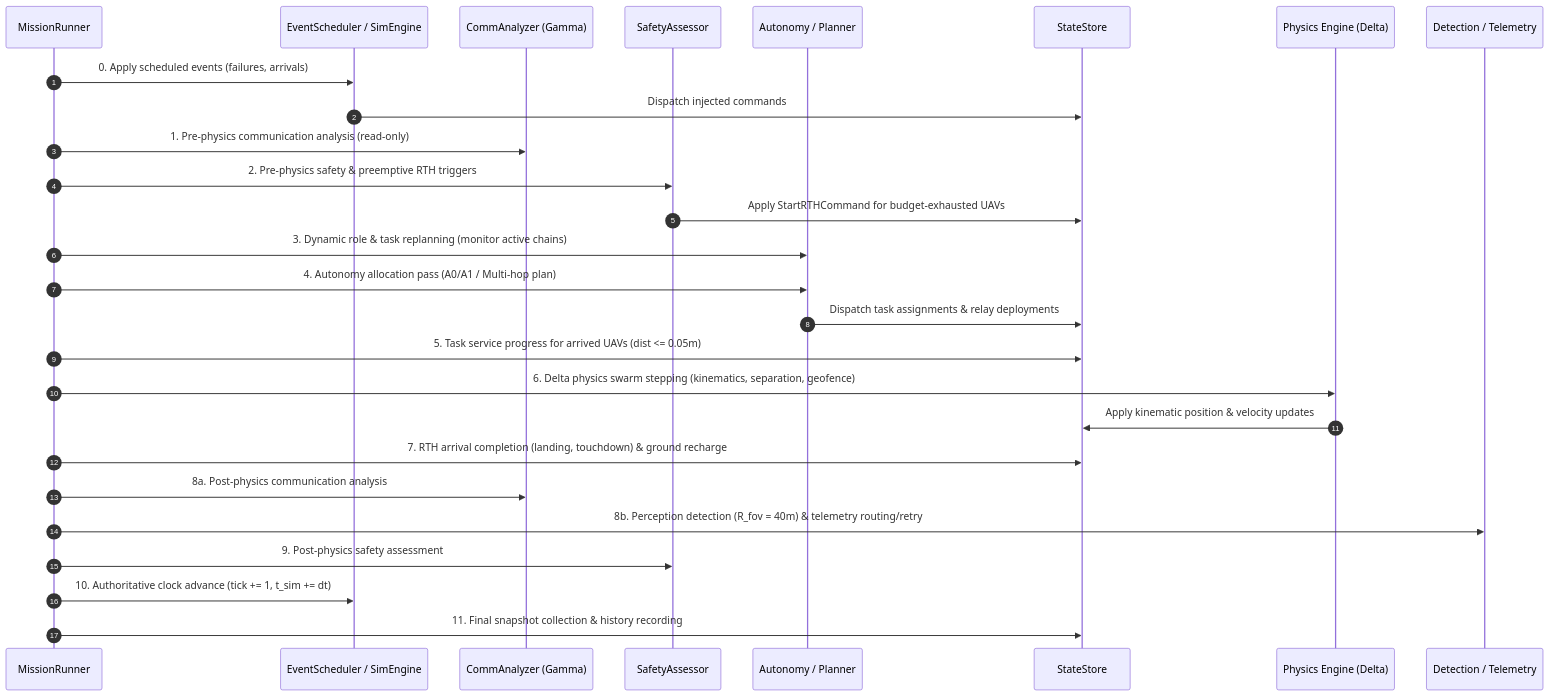
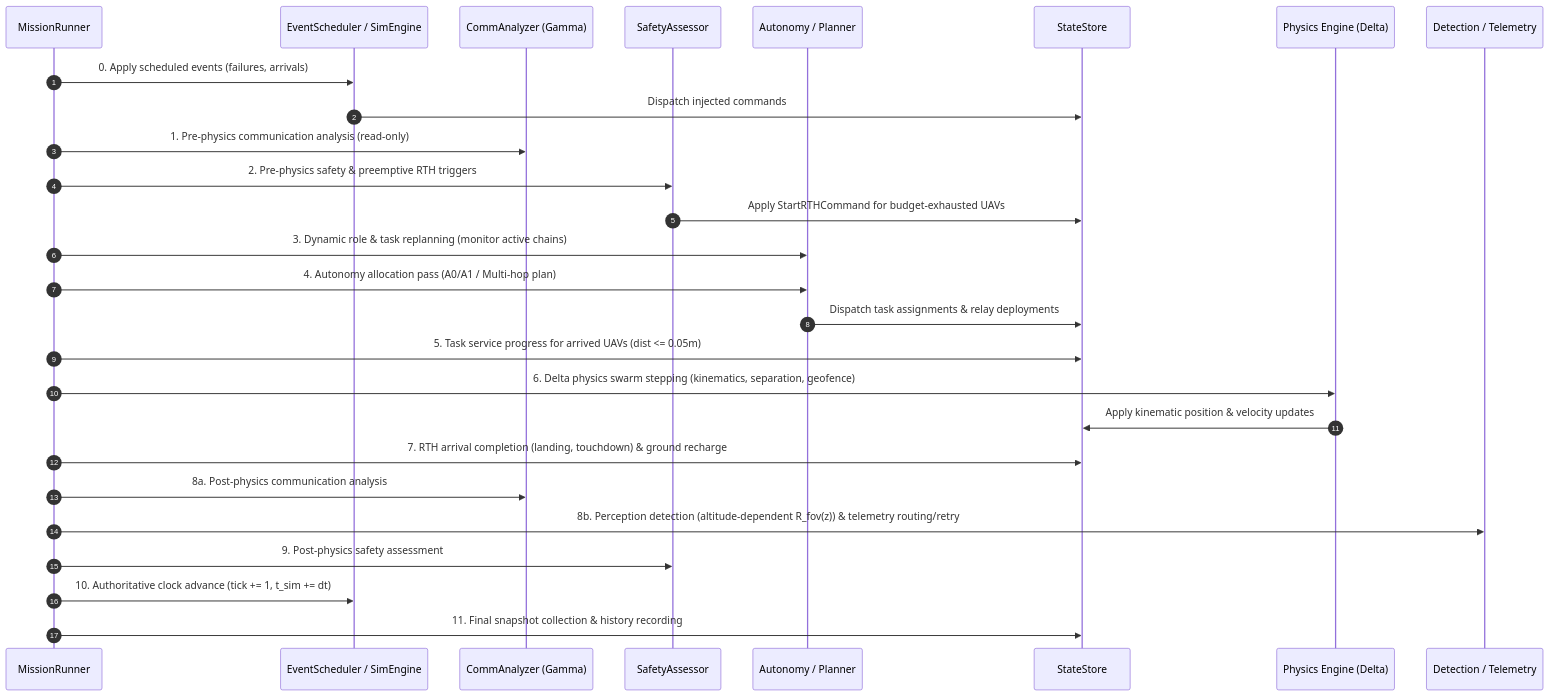
The first of 2 diagrams in docs/SYSTEM_ARCHITECTURE.md (ThePixelScript/AetherSwarm), drawn with Mermaid before and after one commit. The commit also changed other lines of this file and 7 other files, not shown here.

````diff
--- a/docs/SYSTEM_ARCHITECTURE.md
+++ b/docs/SYSTEM_ARCHITECTURE.md
@@ -50,30 +50,30 @@
 ```mermaid
 sequenceDiagram
     autonumber
     participant MR as MissionRunner
     participant ES as EventScheduler / SimEngine
     participant CA as CommAnalyzer (Gamma)
     participant SA as SafetyAssessor
     participant PL as Autonomy / Planner
     participant SS as StateStore
     participant PE as Physics Engine (Delta)
     participant DP as Detection / Telemetry
 
     MR->>ES: 0. Apply scheduled events (failures, arrivals)
     ES->>SS: Dispatch injected commands
     MR->>CA: 1. Pre-physics communication analysis (read-only)
     MR->>SA: 2. Pre-physics safety & preemptive RTH triggers
     SA->>SS: Apply StartRTHCommand for budget-exhausted UAVs
     MR->>PL: 3. Dynamic role & task replanning (monitor active chains)
     MR->>PL: 4. Autonomy allocation pass (A0/A1 / Multi-hop plan)
     PL->>SS: Dispatch task assignments & relay deployments
     MR->>SS: 5. Task service progress for arrived UAVs (dist <= 0.05m)
     MR->>PE: 6. Delta physics swarm stepping (kinematics, separation, geofence)
     PE->>SS: Apply kinematic position & velocity updates
     MR->>SS: 7. RTH arrival completion (landing, touchdown) & ground recharge
     MR->>CA: 8a. Post-physics communication analysis
-    MR->>DP: 8b. Perception detection (R_fov = 40m) & telemetry routing/retry
+    MR->>DP: 8b. Perception detection (altitude-dependent R_fov(z)) & telemetry routing/retry
     MR->>SA: 9. Post-physics safety assessment
     MR->>ES: 10. Authoritative clock advance (tick += 1, t_sim += dt)
     MR->>SS: 11. Final snapshot collection & history recording
 ```
````
